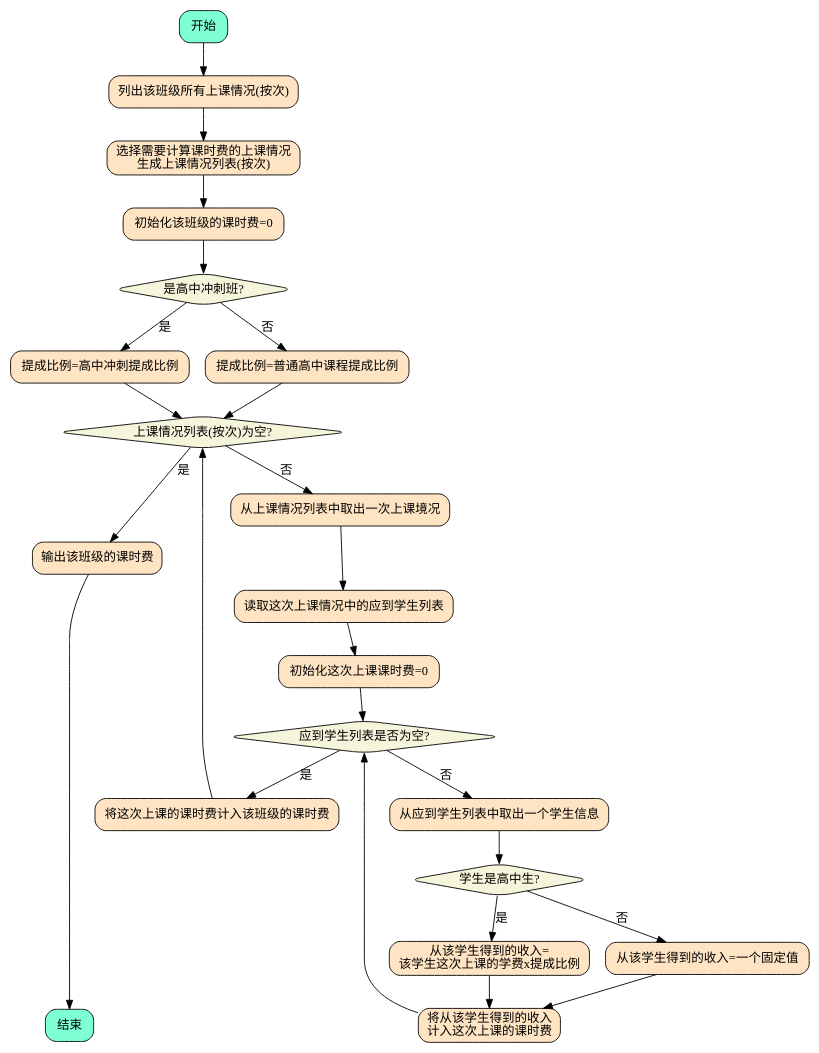
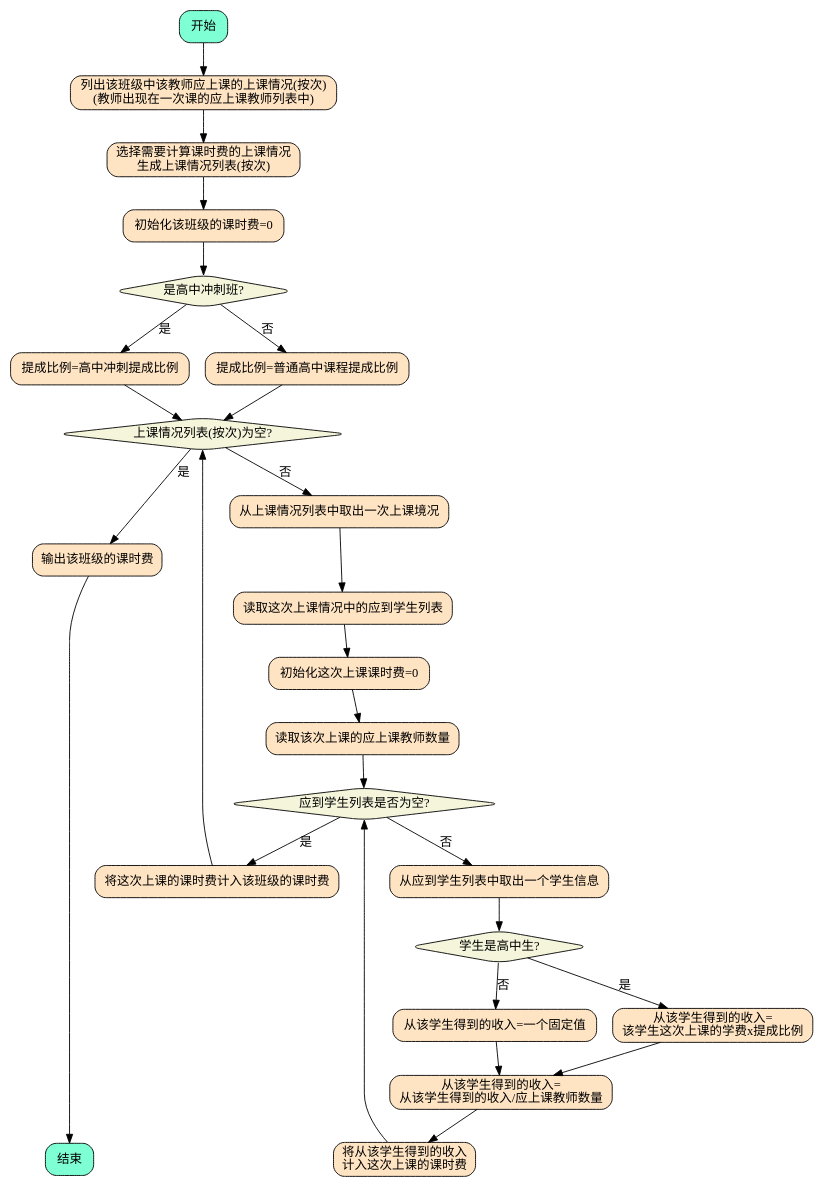
Before and after one commit to diandian888/mx-requirements: the diagram in management-system/hr/pay/pay-for-class/svg/01.dot, drawn with Graphviz. The commit also changed 3 other files, not shown here.

```diff
--- a/management-system/hr/pay/pay-for-class/svg/01.dot
+++ b/management-system/hr/pay/pay-for-class/svg/01.dot
@@ -1,51 +1,53 @@
 digraph {
     node [shape="box", style="rounded,filled", fillcolor="aquamarine"]
         start[label="开始"];
         end[label="结束"];
 
     node [shape="box", style="rounded,filled", fillcolor="bisque"]
-        s1[label="列出该班级所有上课情况(按次)"];
+        s1[label="列出该班级中该教师应上课的上课情况(按次)\n(教师出现在一次课的应上课教师列表中)"];
         s2[label="选择需要计算课时费的上课情况\n生成上课情况列表(按次)"];
         s3[label="初始化该班级的课时费=0"];
-        s_c1_y_1[label="提成比例=高中冲刺提成比例"];
-        s_c1_n_1[label="提成比例=普通高中课程提成比例"];
-        s_c2_y_1[label="输出该班级的课时费"];
-        s_c2_n_1[label="从上课情况列表中取出一次上课境况"];
-        s_c2_n_2[label="读取这次上课情况中的应到学生列表"];
-        s_c2_n_3[label="初始化这次上课课时费=0"];
-        s_c3_y_1[label="将这次上课的课时费计入该班级的课时费"];
-        s_c3_n_1[label="从应到学生列表中取出一个学生信息"];
-        s_c4_y_1[label="从该学生得到的收入=\n该学生这次上课的学费x提成比例"];
-        s_c4_n_1[label="从该学生得到的收入=一个固定值"];
-        s_c4_after_1[label="将从该学生得到的收入\n计入这次上课的课时费"];
+        s_c1_y1[label="提成比例=高中冲刺提成比例"];
+        s_c1_n1[label="提成比例=普通高中课程提成比例"];
+        s_c2_y1[label="输出该班级的课时费"];
+        s_c2_n1[label="从上课情况列表中取出一次上课境况"];
+        s_c2_n2[label="读取这次上课情况中的应到学生列表"];
+        s_c2_n3[label="初始化这次上课课时费=0"];
+        s_c2_n4[label="读取该次上课的应上课教师数量"];
+        s_c3_y1[label="将这次上课的课时费计入该班级的课时费"];
+        s_c3_n1[label="从应到学生列表中取出一个学生信息"];
+        s_c4_y1[label="从该学生得到的收入=\n该学生这次上课的学费x提成比例"];
+        s_c4_n1[label="从该学生得到的收入=一个固定值"];
+        s_c4_after_1[label="从该学生得到的收入=\n从该学生得到的收入/应上课教师数量"];
+        s_c4_after_2[label="将从该学生得到的收入\n计入这次上课的课时费"];
     
     node [shape="diamond", style="rounded,filled", fillcolor="beige"]
         c1[label="是高中冲刺班?"];
         c2[label="上课情况列表(按次)为空?"];
         c3[label="应到学生列表是否为空?"];
         c4[label="学生是高中生?"];
 
     start -> s1 -> s2 -> s3 -> c1;
-    c1 -> s_c1_y_1[label="是"];
-    c1 -> s_c1_n_1[label="否"];
-    s_c1_y_1 -> c2;
-    s_c1_n_1 -> c2;
+    c1 -> s_c1_y1[label="是"];
+    c1 -> s_c1_n1[label="否"];
+    s_c1_y1 -> c2;
+    s_c1_n1 -> c2;
 
-    c2 -> s_c2_y_1[label="是"];
-    c2 -> s_c2_n_1[label="否"];
-    s_c2_y_1 -> end;
+    c2 -> s_c2_y1[label="是"];
+    c2 -> s_c2_n1[label="否"];
+    s_c2_y1 -> end;
 
-    s_c2_n_1 -> s_c2_n_2 -> s_c2_n_3 -> c3;
-    c3 -> s_c3_y_1[label="是"];
-    c3 -> s_c3_n_1[label="否"];
+    s_c2_n1 -> s_c2_n2 -> s_c2_n3 -> s_c2_n4 -> c3;
+    c3 -> s_c3_y1[label="是"];
+    c3 -> s_c3_n1[label="否"];
   
-    s_c3_y_1 -> c2;
-    s_c3_n_1 -> c4;
-    c4 -> s_c4_y_1[label="是"];
-    c4 -> s_c4_n_1[label="否"];
-    s_c4_y_1 -> s_c4_after_1;
-    s_c4_n_1 -> s_c4_after_1;
-    s_c4_after_1 -> c3;
+    s_c3_y1 -> c2;
+    s_c3_n1 -> c4;
+    c4 -> s_c4_y1[label="是"];
+    c4 -> s_c4_n1[label="否"];
+    s_c4_y1 -> s_c4_after_1;
+    s_c4_n1 -> s_c4_after_1;
+    s_c4_after_1 -> s_c4_after_2 -> c3;
 
     {rank=max end}
 }
```
